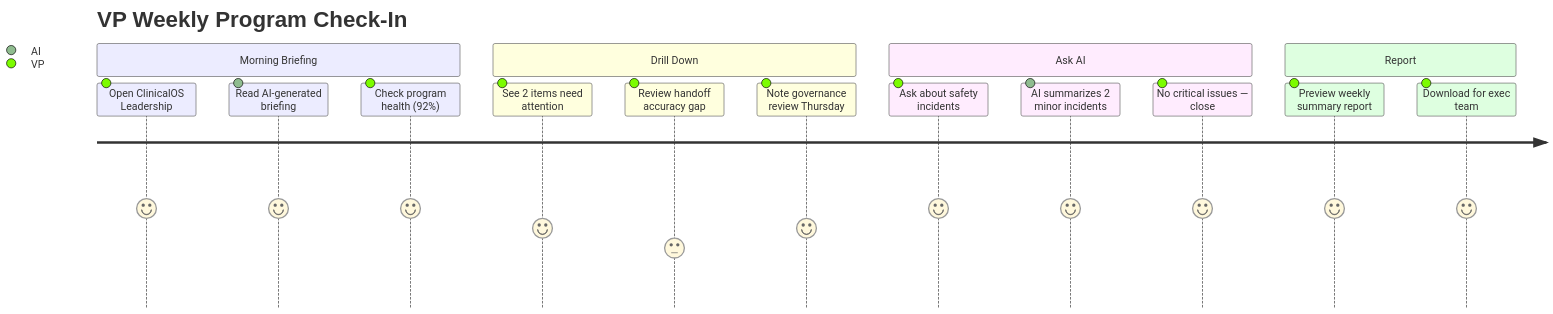
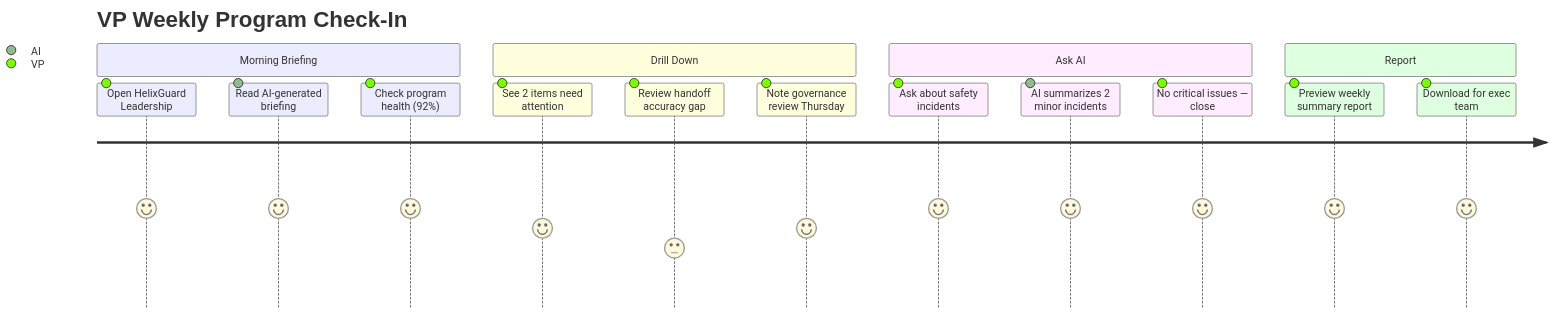
The fourth of 6 diagrams in README.md (john-carroll-sw/capstone-clinical-os), drawn with Mermaid before and after one commit. The commit also changed other lines of this file and 46 other files, not shown here.

First line of the commit message:
chore: rename project to HelixGuard

````diff
--- a/README.md
+++ b/README.md
@@ -258,19 +258,19 @@
 ```mermaid
 journey
     title VP Weekly Program Check-In
     section Morning Briefing
-      Open ClinicalOS Leadership: 5: VP
+      Open HelixGuard Leadership: 5: VP
       Read AI-generated briefing: 5: AI
       Check program health (92%): 5: VP
     section Drill Down
       See 2 items need attention: 4: VP
       Review handoff accuracy gap: 3: VP
       Note governance review Thursday: 4: VP
     section Ask AI
       Ask about safety incidents: 5: VP
       AI summarizes 2 minor incidents: 5: AI
       No critical issues — close: 5: VP
     section Report
       Preview weekly summary report: 5: VP
       Download for exec team: 5: VP
 ```
````
